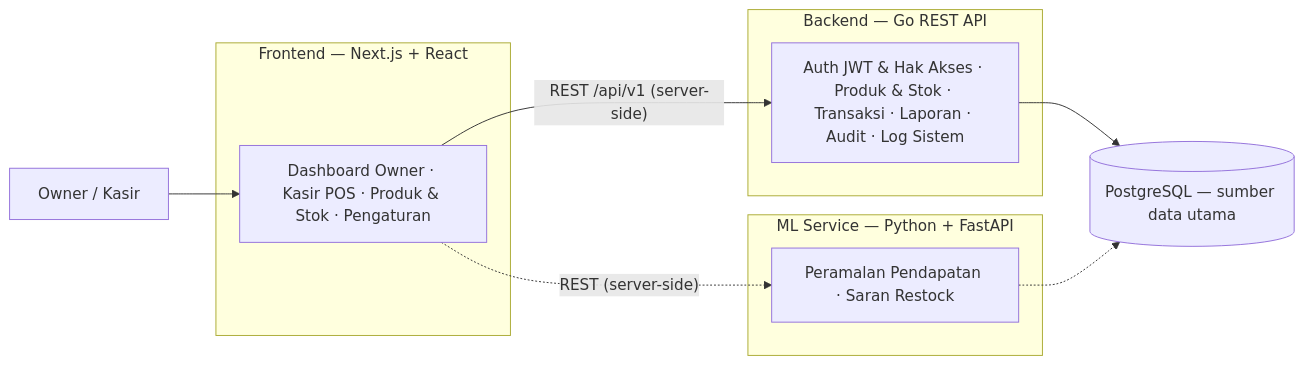
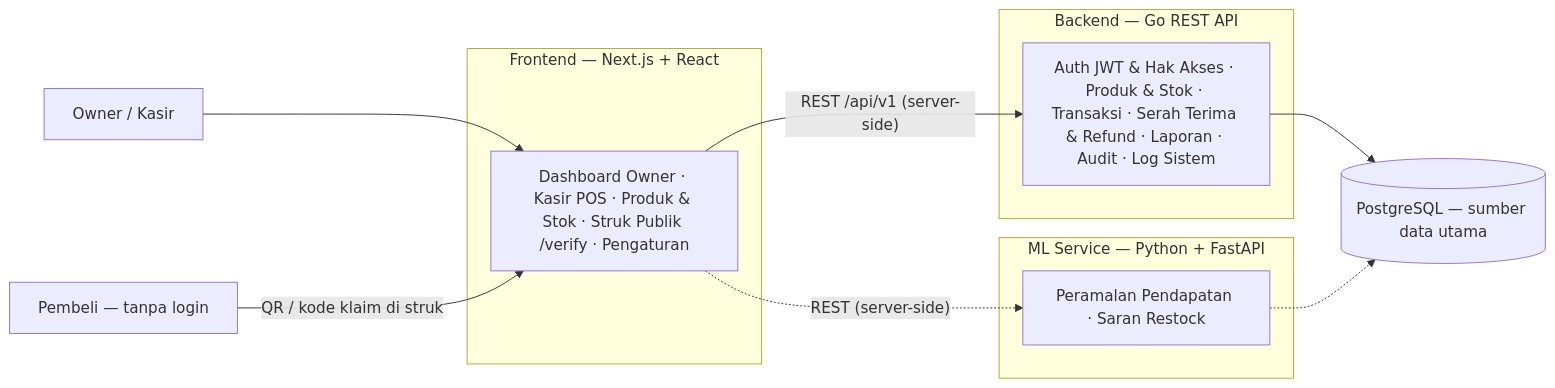
Before and after one commit to neuralforgeio/UMKM-OS: the diagram in README.md, drawn with Mermaid. The commit also changed other lines of this file and 10 other files, not shown here.

Commit message:
chore(tahap-5): tutup rilis - README v1.3.0/v1.1.0 (serah terima, refund, laba, struk publik), VERSIONS frontend 1.0.3+1.1.0, gofmt 9 file handler

````diff
--- a/README.md
+++ b/README.md
@@ -19,24 +19,26 @@
 ```mermaid
 flowchart LR
     U[Owner / Kasir]
+    P[Pembeli — tanpa login]
 
     subgraph FE["Frontend — Next.js + React"]
-        F["Dashboard Owner · Kasir POS · Produk & Stok · Pengaturan"]
+        F["Dashboard Owner · Kasir POS · Produk & Stok · Struk Publik /verify · Pengaturan"]
     end
 
     subgraph BE["Backend — Go REST API"]
-        G["Auth JWT & Hak Akses · Produk & Stok · Transaksi · Laporan · Audit · Log Sistem"]
+        G["Auth JWT & Hak Akses · Produk & Stok · Transaksi · Serah Terima & Refund · Laporan · Audit · Log Sistem"]
     end
 
     subgraph ML["ML Service — Python + FastAPI"]
         M["Peramalan Pendapatan · Saran Restock"]
     end
 
     DB[("PostgreSQL — sumber data utama")]
 
     U --> F
+    P -->|"QR / kode klaim di struk"| F
     F -->|"REST /api/v1 (server-side)"| G
     F -.->|"REST (server-side)"| M
     G --> DB
     M -.-> DB
 ```
````
